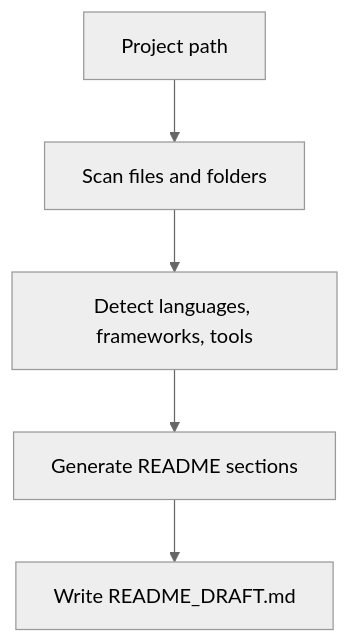
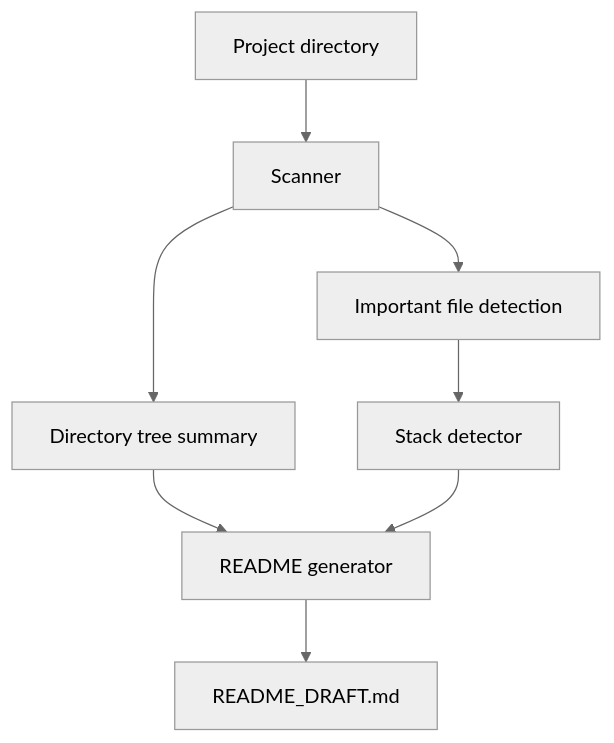
Before and after one commit to Zeweir/repo-readme-polisher: the diagram in README.md, drawn with Mermaid (neutral theme). The commit also changed other lines of this file and 11 other files, not shown here.

````diff
--- a/README.md
+++ b/README.md
@@ -118,7 +108,10 @@
 ```mermaid
 flowchart TD
-    A[Project path] --> B[Scan files and folders]
-    B --> C[Detect languages, frameworks, tools]
-    C --> D[Generate README sections]
-    D --> E[Write README_DRAFT.md]
+    A[Project directory] --> B[Scanner]
+    B --> C[Important file detection]
+    B --> D[Directory tree summary]
+    C --> E[Stack detector]
+    D --> F[README generator]
+    E --> F
+    F --> G[README_DRAFT.md]
 ```
````
